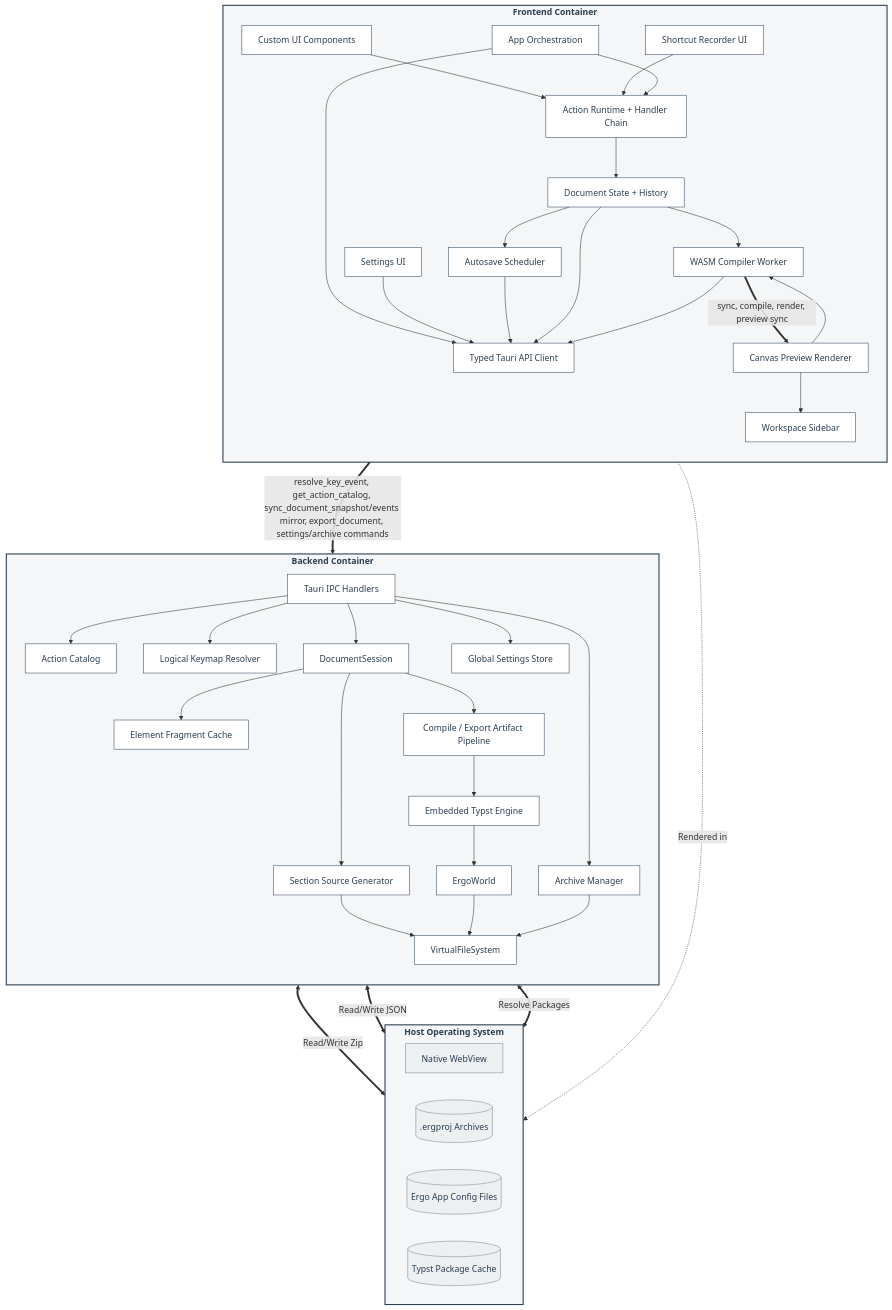
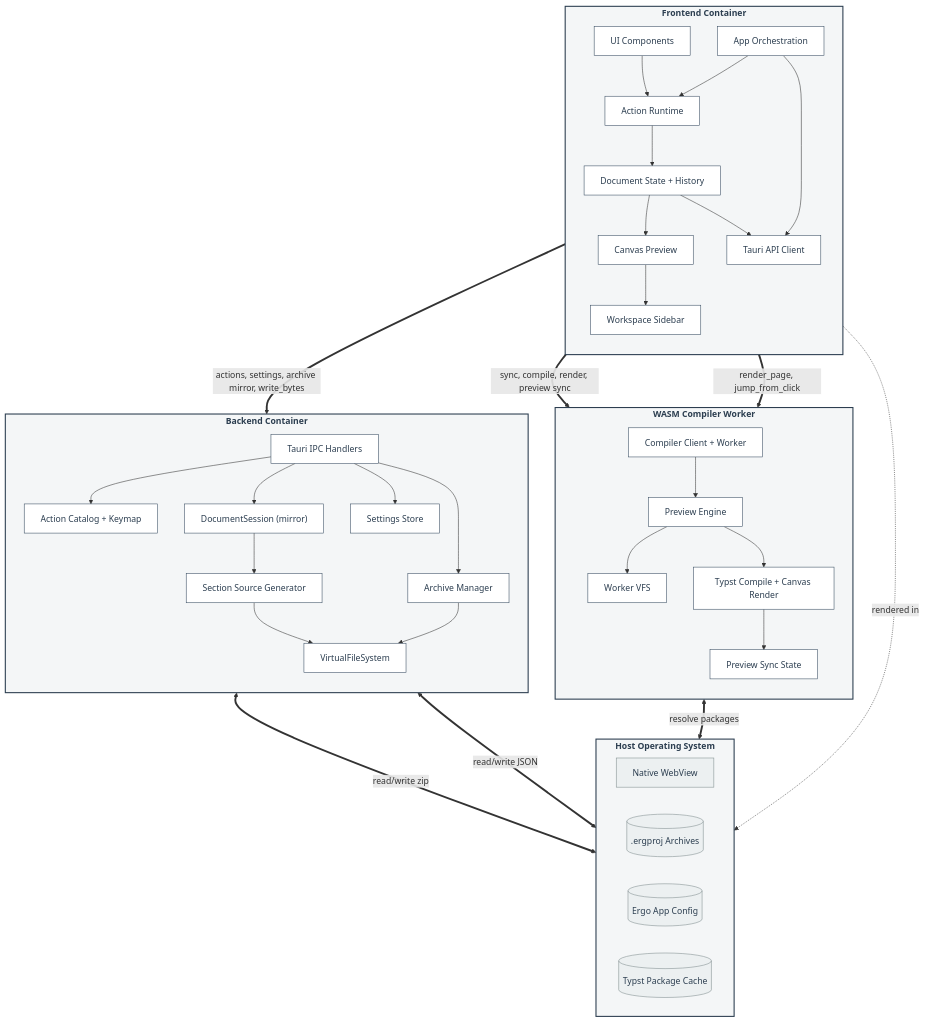
Before and after one commit to andmoreduro/ergo: the diagram in context/component-diagram.md, drawn with Mermaid. The commit also changed other lines of this file and 13 other files, not shown here.

````diff
--- a/context/component-diagram.md
+++ b/context/component-diagram.md
@@ -29,60 +23,53 @@
 
     subgraph Frontend ["Frontend Container"]
         direction TB
-        UI["Custom UI Components"]:::comp
-        Commands["Action Runtime + Handler Chain"]:::comp
-        Keymap["Shortcut Recorder UI"]:::comp
+        UI["UI Components"]:::comp
+        Actions["Action Runtime"]:::comp
         DocState["Document State + History"]:::comp
-        SettingsUI["Settings UI"]:::comp
-        AppOrchestration["App Orchestration"]:::comp
-        Autosave["Autosave Scheduler"]:::comp
+        AppOrch["App Orchestration"]:::comp
+        PreviewUI["Canvas Preview"]:::comp
         Sidebar["Workspace Sidebar"]:::comp
-        Preview["Canvas Preview Renderer"]:::comp
-        WasmWorker["WASM Compiler Worker"]:::comp
-        TauriClient["Typed Tauri API Client"]:::comp
+        TauriClient["Tauri API Client"]:::comp
 
-        UI --> Commands
-        Keymap --> Commands
-        Commands --> DocState
-        AppOrchestration --> Commands
-        AppOrchestration --> TauriClient
-        SettingsUI --> TauriClient
-        Autosave --> TauriClient
-        DocState --> Autosave
-        DocState --> WasmWorker
-        Preview --> WasmWorker
+        UI --> Actions
+        Actions --> DocState
+        AppOrch --> Actions
+        AppOrch --> TauriClient
+        DocState --> PreviewUI
+        PreviewUI --> Sidebar
         DocState --> TauriClient
-        Preview --> Sidebar
-        WasmWorker --> TauriClient
+    end
+
+    subgraph WasmWorker ["WASM Compiler Worker"]
+        direction TB
+        WorkerBridge["Compiler Client + Worker"]:::comp
+        PreviewEngine["Preview Engine"]:::comp
+        PreviewSync["Preview Sync State"]:::comp
+        WorkerVFS["Worker VFS"]:::comp
+        TypstCompile["Typst Compile + Canvas Render"]:::comp
+
+        WorkerBridge --> PreviewEngine
+        PreviewEngine --> WorkerVFS
+        PreviewEngine --> TypstCompile
+        TypstCompile --> PreviewSync
     end
 
     subgraph Backend ["Backend Container"]
         direction TB
         Handlers["Tauri IPC Handlers"]:::comp
-        Session["DocumentSession"]:::comp
-        FragmentCache["Element Fragment Cache"]:::comp
+        Session["DocumentSession (mirror)"]:::comp
         SourceGen["Section Source Generator"]:::comp
         VFS["VirtualFileSystem"]:::comp
-        ArtifactPipeline["Compile / Export Artifact Pipeline"]:::comp
-        World["ErgoWorld"]:::comp
-        Compiler["Embedded Typst Engine"]:::comp
         Archive["Archive Manager"]:::comp
-        SettingsStore["Global Settings Store"]:::comp
-        ActionCatalog["Action Catalog"]:::comp
-        KeyResolver["Logical Keymap Resolver"]:::comp
+        Settings["Settings Store"]:::comp
+        ActionCatalog["Action Catalog + Keymap"]:::comp
 
         Handlers --> ActionCatalog
-        Handlers --> KeyResolver
         Handlers --> Session
         Handlers --> Archive
-        Handlers --> SettingsStore
-        Session --> FragmentCache
+        Handlers --> Settings
         Session --> SourceGen
         SourceGen --> VFS
-        Session --> ArtifactPipeline
-        ArtifactPipeline --> Compiler
-        Compiler --> World
-        World --> VFS
         Archive --> VFS
     end
 
@@ -90,18 +77,20 @@
         direction LR
         WebView["Native WebView"]:::db
         ProjectFiles[(".ergproj Archives")]:::db
-        SettingsFile[("Ergo App Config Files")]:::db
+        SettingsFile[("Ergo App Config")]:::db
         TypstCache[("Typst Package Cache")]:::db
     end
 
-    Frontend -. "Rendered in" .-> WebView
-    TauriClient == "resolve_key_event, get_action_catalog, sync_document_snapshot/events mirror, export_document, settings/archive commands" ==> Handlers
-    WasmWorker == "sync, compile, render, preview sync" ==> Preview
-    Archive <== "Read/Write Zip" ==> ProjectFiles
-    SettingsStore <== "Read/Write JSON" ==> SettingsFile
-    Compiler <== "Resolve Packages" ==> TypstCache
+    Frontend -. "rendered in" .-> WebView
+    DocState == "sync, compile, render, preview sync" ==> WorkerBridge
+    PreviewUI == "render_page, jump_from_click" ==> WorkerBridge
+    TauriClient == "actions, settings, archive mirror, write_bytes" ==> Handlers
+    Archive <== "read/write zip" ==> ProjectFiles
+    Settings <== "read/write JSON" ==> SettingsFile
+    TypstCompile <== "resolve packages" ==> TypstCache
 
     class Frontend container
+    class WasmWorker container
     class Backend container
     class System container
 ```
````
